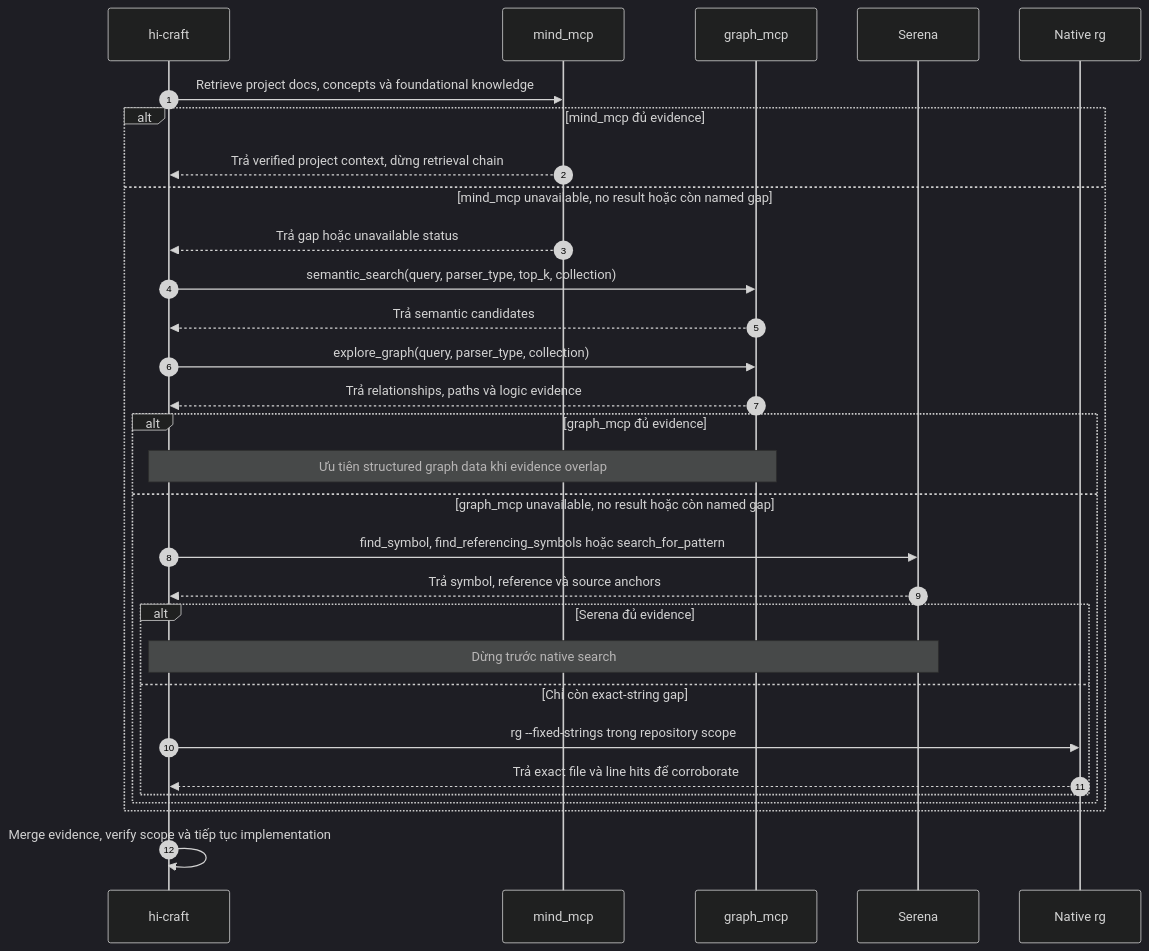
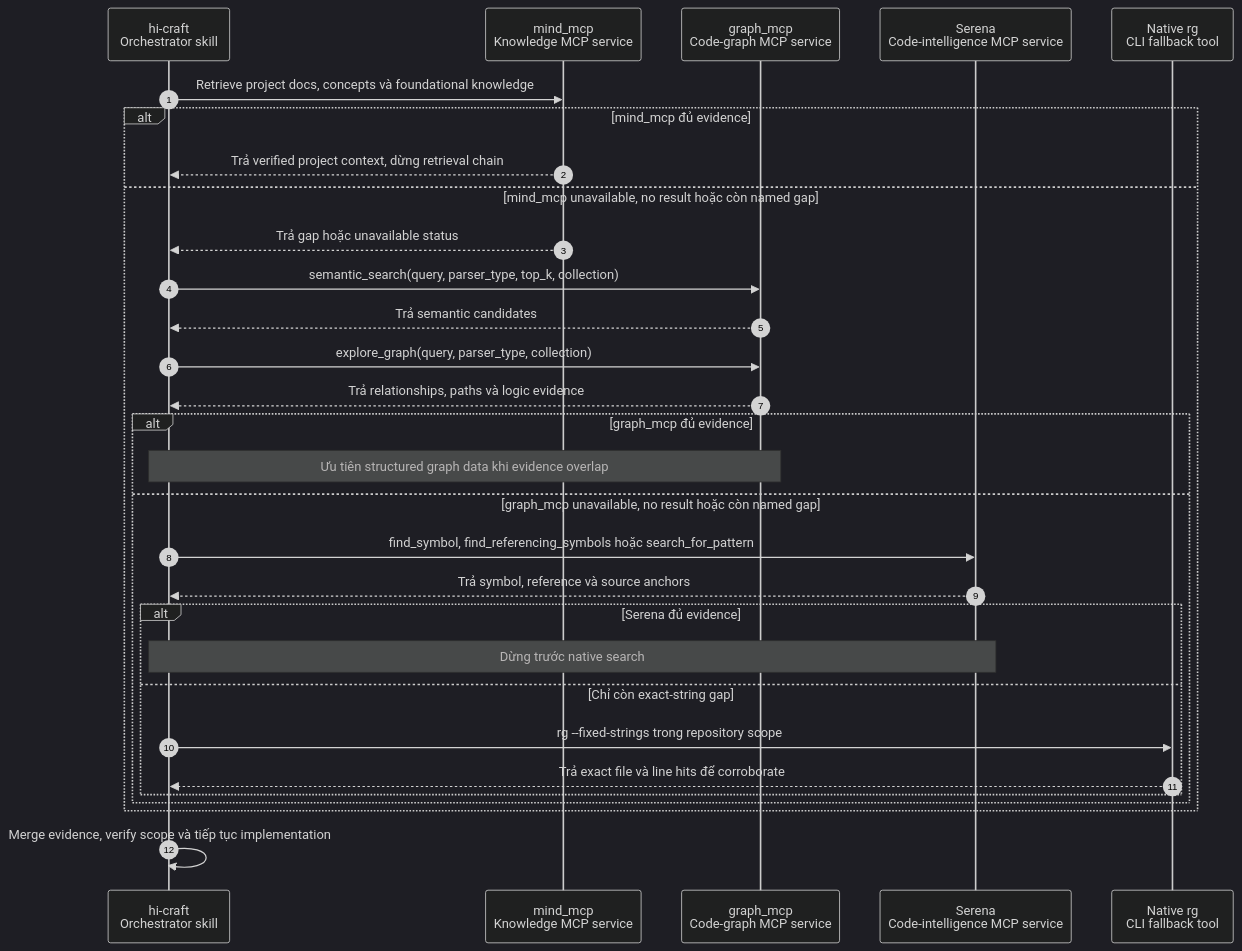
The third of 13 diagrams in wiki/vi/hi-craft-skill.md (baka3k/dev-kit), drawn with Mermaid (dark theme) before and after one commit. The commit also changed other lines of this file and 1 other file, not shown here.

Commit message:
docs: enhance actor descriptions and types in hi-craft and hi-plan skills documentation

````diff
--- a/wiki/vi/hi-craft-skill.md
+++ b/wiki/vi/hi-craft-skill.md
@@ -162,34 +182,34 @@
 ```mermaid
 sequenceDiagram
     autonumber
-    participant C as hi-craft
-    participant M as mind_mcp
-    participant G as graph_mcp
-    participant S as Serena
-    participant N as Native rg
+    participant C as hi-craft<br/>Orchestrator skill
+    participant M as mind_mcp<br/>Knowledge MCP service
+    participant G as graph_mcp<br/>Code-graph MCP service
+    participant S as Serena<br/>Code-intelligence MCP service
+    participant N as Native rg<br/>CLI fallback tool
 
     C->>M: Retrieve project docs, concepts và foundational knowledge
     alt mind_mcp đủ evidence
         M-->>C: Trả verified project context, dừng retrieval chain
     else mind_mcp unavailable, no result hoặc còn named gap
         M-->>C: Trả gap hoặc unavailable status
         C->>G: semantic_search(query, parser_type, top_k, collection)
         G-->>C: Trả semantic candidates
         C->>G: explore_graph(query, parser_type, collection)
         G-->>C: Trả relationships, paths và logic evidence
         alt graph_mcp đủ evidence
             Note over C,G: Ưu tiên structured graph data khi evidence overlap
         else graph_mcp unavailable, no result hoặc còn named gap
             C->>S: find_symbol, find_referencing_symbols hoặc search_for_pattern
             S-->>C: Trả symbol, reference và source anchors
             alt Serena đủ evidence
                 Note over C,S: Dừng trước native search
             else Chỉ còn exact-string gap
                 C->>N: rg --fixed-strings trong repository scope
                 N-->>C: Trả exact file và line hits để corroborate
             end
         end
     end
 
     C->>C: Merge evidence, verify scope và tiếp tục implementation
 ```
````
